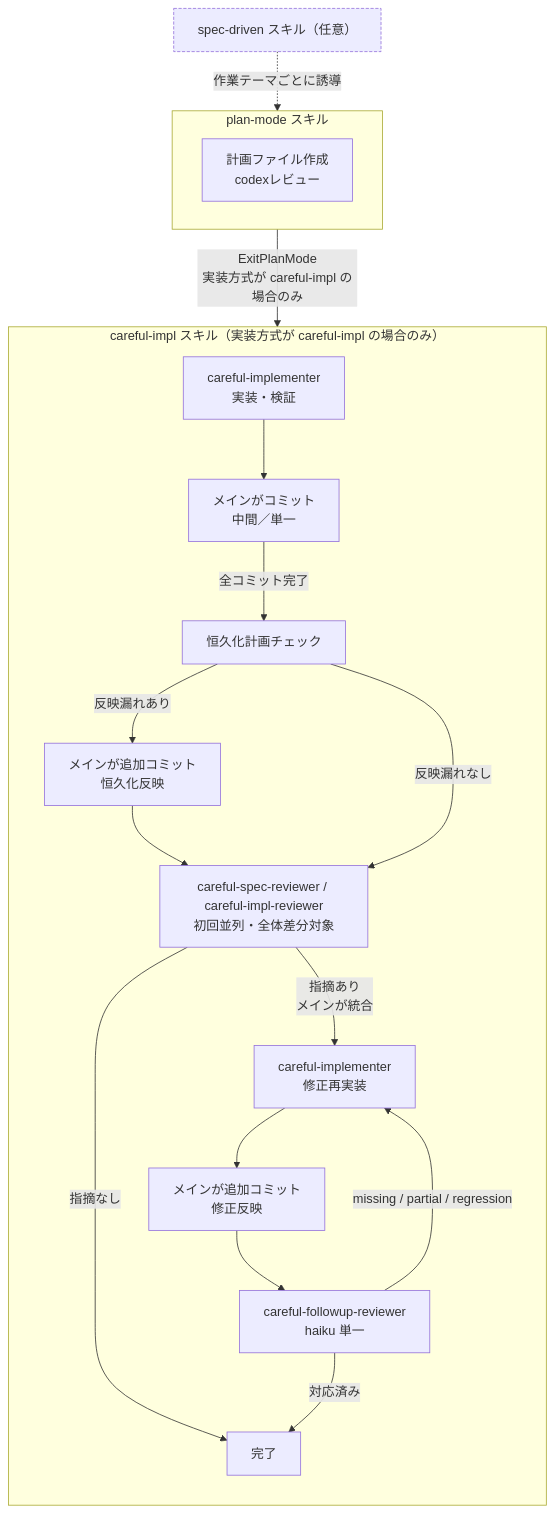
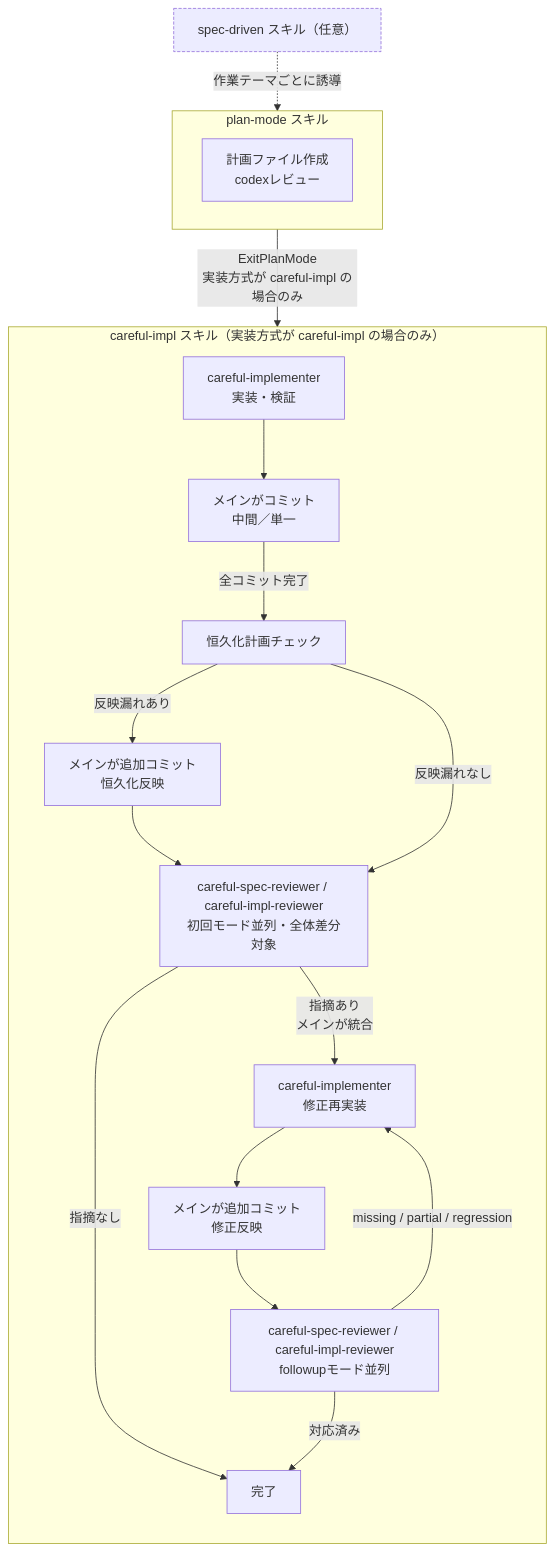
The diagram in .claude/rules/plugins.md (ak110/dotfiles), drawn with Mermaid before and after one commit. The commit also changed other lines of this file and 15 other files, not shown here.

````diff
--- a/.claude/rules/plugins.md
+++ b/.claude/rules/plugins.md
@@ -116,25 +116,25 @@
 ```mermaid
 flowchart TB
     SD["spec-driven スキル（任意）"]:::sd
     subgraph PM["plan-mode スキル"]
       P[計画ファイル作成<br/>codexレビュー]
     end
     subgraph PI["careful-impl スキル（実装方式が careful-impl の場合のみ）"]
       direction TB
       T[careful-implementer<br/>実装・検証] --> CM[メインがコミット<br/>中間／単一]
       CM -->|全コミット完了| FC[恒久化計画チェック]
       FC -->|反映漏れあり| CR[メインが追加コミット<br/>恒久化反映]
       CR --> R1
-      FC -->|反映漏れなし| R1[careful-spec-reviewer / careful-impl-reviewer<br/>初回並列・全体差分対象]
+      FC -->|反映漏れなし| R1[careful-spec-reviewer / careful-impl-reviewer<br/>初回モード並列・全体差分対象]
       R1 -->|指摘あり<br/>メインが統合| T2[careful-implementer<br/>修正再実装]
       T2 --> CFix[メインが追加コミット<br/>修正反映]
-      CFix --> R2[careful-followup-reviewer<br/>haiku 単一]
+      CFix --> R2[careful-spec-reviewer / careful-impl-reviewer<br/>followupモード並列]
       R2 -->|missing / partial / regression| T2
       R1 -->|指摘なし| END[完了]
       R2 -->|対応済み| END
     end
     SD -.->|作業テーマごとに誘導| PM
     PM -->|ExitPlanMode<br/>実装方式が careful-impl の場合のみ| PI
 
     classDef sd stroke-dasharray: 4 2
 ```
````
